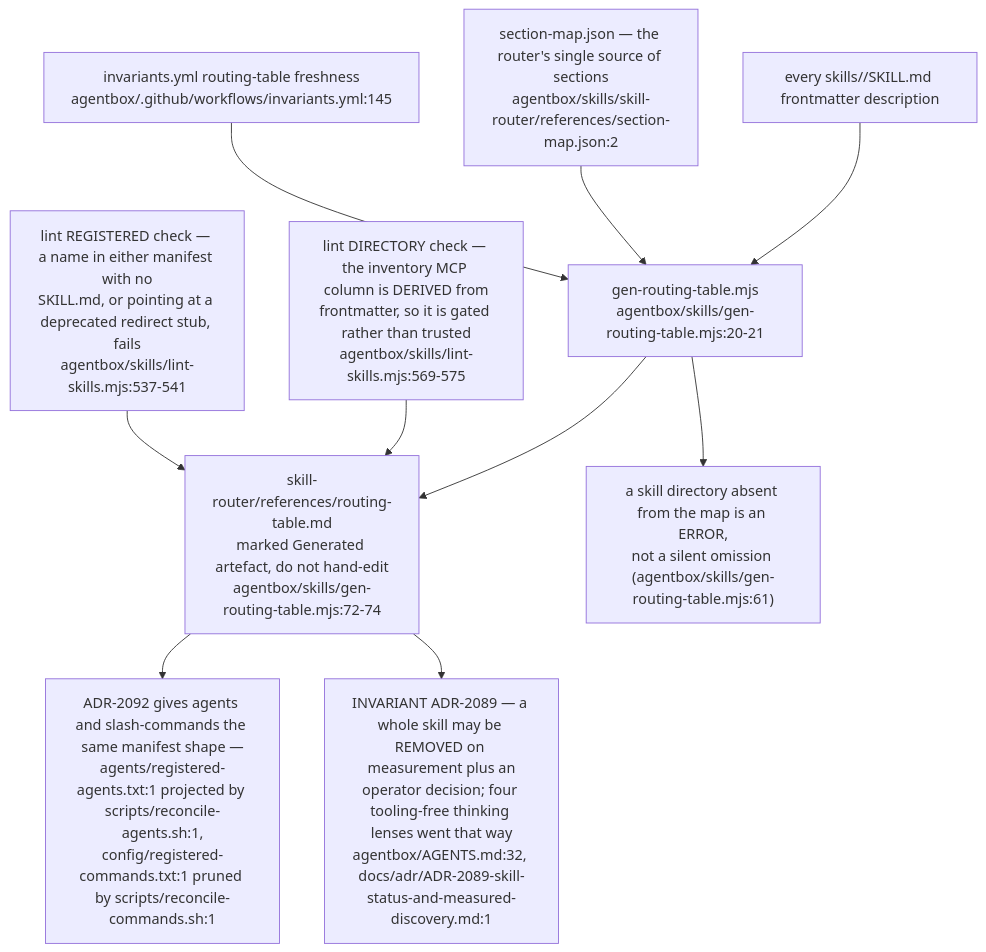
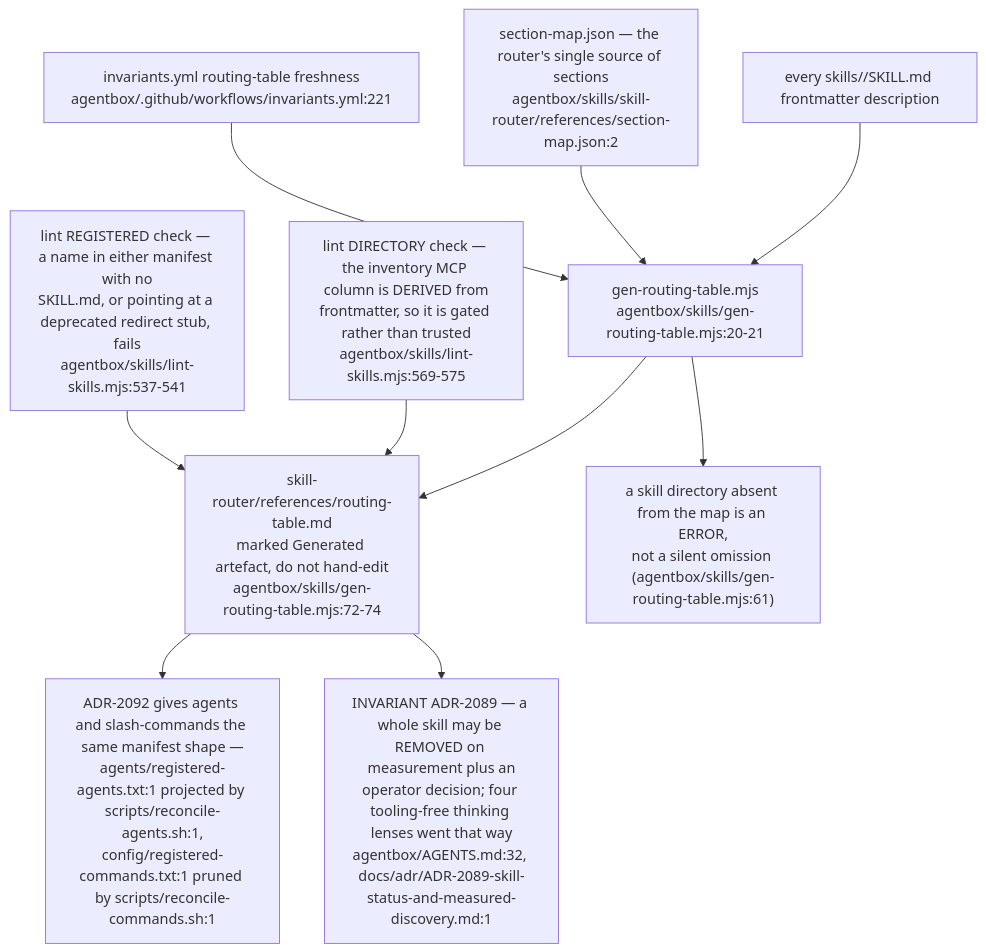
Diagram 12 of 12 in docs/diagrams/agentbox/22-skills-and-routing.md (DreamLab-AI/VisionFlow), drawn with Mermaid before and after one commit. The commit also changed other lines of this file and 36 other files, not shown here.

First line of the commit message:
docs(diagrams): re-derive and re-stamp agentbox, dream-engine, visioncraft, visiontouch and vowl topics; drop LAN addresses

````diff
--- a/docs/diagrams/agentbox/22-skills-and-routing.md
+++ b/docs/diagrams/agentbox/22-skills-and-routing.md
@@ -522,12 +523,12 @@
 ```mermaid
 flowchart TB
     FM["every skills/<name>/SKILL.md frontmatter description"] --> GEN["gen-routing-table.mjs<br/>agentbox/skills/gen-routing-table.mjs:20-21"]
     MAP["section-map.json — the router's single source of sections<br/>agentbox/skills/skill-router/references/section-map.json:2"] --> GEN
     GEN --> OUT["skill-router/references/routing-table.md<br/>marked Generated artefact, do not hand-edit<br/>agentbox/skills/gen-routing-table.mjs:72-74"]
     GEN --> MISS["a skill directory absent from the map is an ERROR,<br/>not a silent omission (agentbox/skills/gen-routing-table.mjs:61)"]
-    CI["invariants.yml routing-table freshness<br/>agentbox/.github/workflows/invariants.yml:145"] --> GEN
+    CI["invariants.yml routing-table freshness<br/>agentbox/.github/workflows/invariants.yml:221"] --> GEN
     DIRC["lint DIRECTORY check — the inventory MCP column is DERIVED from<br/>frontmatter, so it is gated rather than trusted<br/>agentbox/skills/lint-skills.mjs:569-575"] --> OUT
     REGC["lint REGISTERED check — a name in either manifest with no<br/>SKILL.md, or pointing at a deprecated redirect stub, fails<br/>agentbox/skills/lint-skills.mjs:537-541"] --> OUT
     OUT --> AG["ADR-2092 gives agents and slash-commands the same manifest shape —<br/>agents/registered-agents.txt:1 projected by scripts/reconcile-agents.sh:1,<br/>config/registered-commands.txt:1 pruned by scripts/reconcile-commands.sh:1"]
     OUT --> RM["INVARIANT ADR-2089 — a whole skill may be REMOVED on measurement plus an<br/>operator decision; four tooling-free thinking lenses went that way<br/>agentbox/AGENTS.md:32, docs/adr/ADR-2089-skill-status-and-measured-discovery.md:1"]
 ```
````
